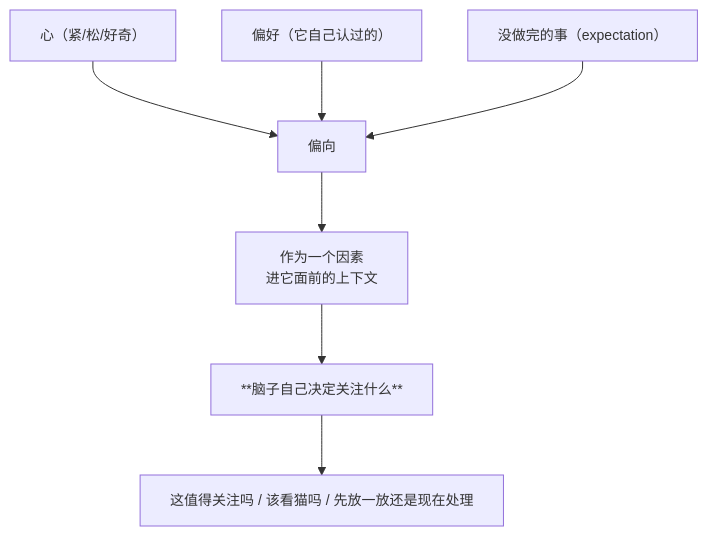
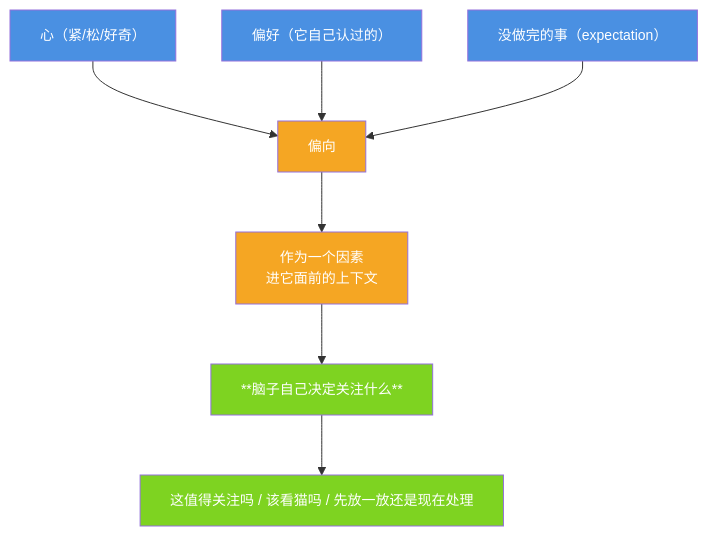
The diagram in docs/attention.md (jiangchuangege/xiaojiao-harnees), drawn with Mermaid before and after one commit. The commit also changed 32 other files, not shown here.

Commit message:
统一：全仓原理图配色到一套调色板 + 给 12 张灰图补色 + 修正自己会睡那张过期图

````diff
--- a/docs/attention.md
+++ b/docs/attention.md
@@ -17,10 +17,18 @@
 ```mermaid
 %%{init: {"themeVariables": {"fontSize": "14px"}, "flowchart": {"htmlLabels": true, "wrappingWidth": 340, "nodeSpacing": 46, "rankSpacing": 60, "useMaxWidth": true}}}%%
 flowchart TB
     H["心（紧/松/好奇）"] --> B["偏向"]
     P["偏好（它自己认过的）"] --> B
     U["没做完的事（expectation）"] --> B
     B --> F["作为一个因素<br/>进它面前的上下文"]
     F --> M["**脑子自己决定关注什么**"]
     M --> D["这值得关注吗 / 该看猫吗 / 先放一放还是现在处理"]
+    style H fill:#4A90E2,color:#fff
+    style P fill:#4A90E2,color:#fff
+    style U fill:#4A90E2,color:#fff
+    style B fill:#F5A623,color:#fff
+    style F fill:#F5A623,color:#fff
+    style M fill:#7ED321,color:#fff
+    style D fill:#7ED321,color:#fff
+
 ```
````
